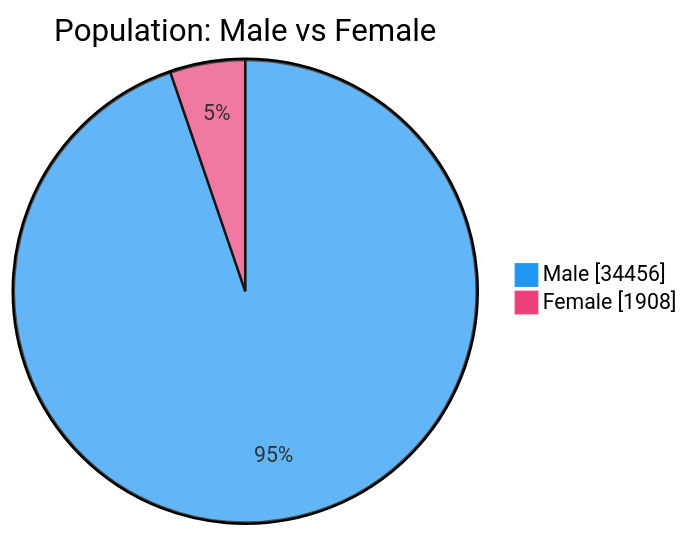
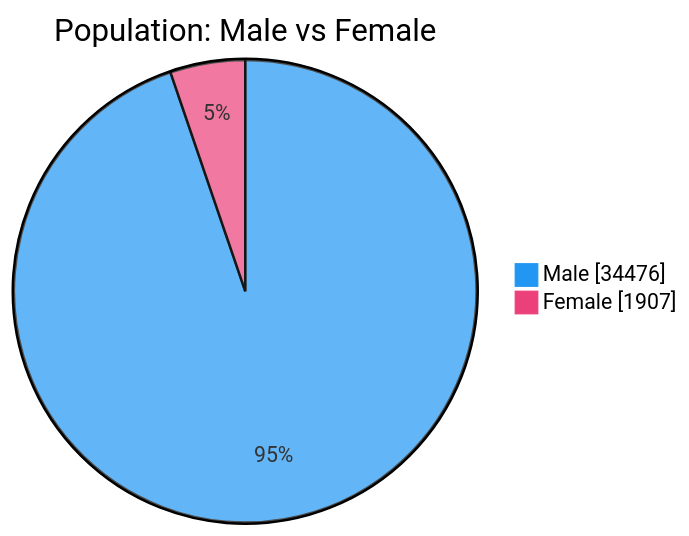
One commit to nuuuwan/lk_prisons changed the second of 7 diagrams in README.md. Above: the diagram before and after it, drawn with Mermaid. The commit also changed other lines of this file and 1 other file, not shown here.

````diff
--- a/README.md
+++ b/README.md
@@ -54,6 +54,6 @@
 ```mermaid
 %%{init: {'themeVariables': {'pie1': '#2196F3', 'pie2': '#EC407A'}}}%%
 pie showData title Population: Male vs Female
-    "Male" : 34456
-    "Female" : 1908
+    "Male" : 34476
+    "Female" : 1907
 ```
````
